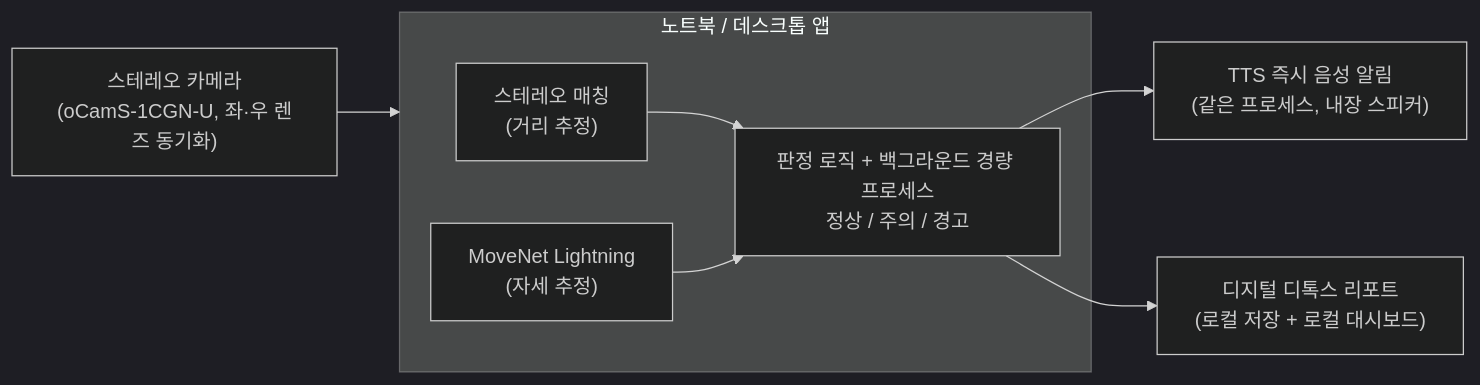
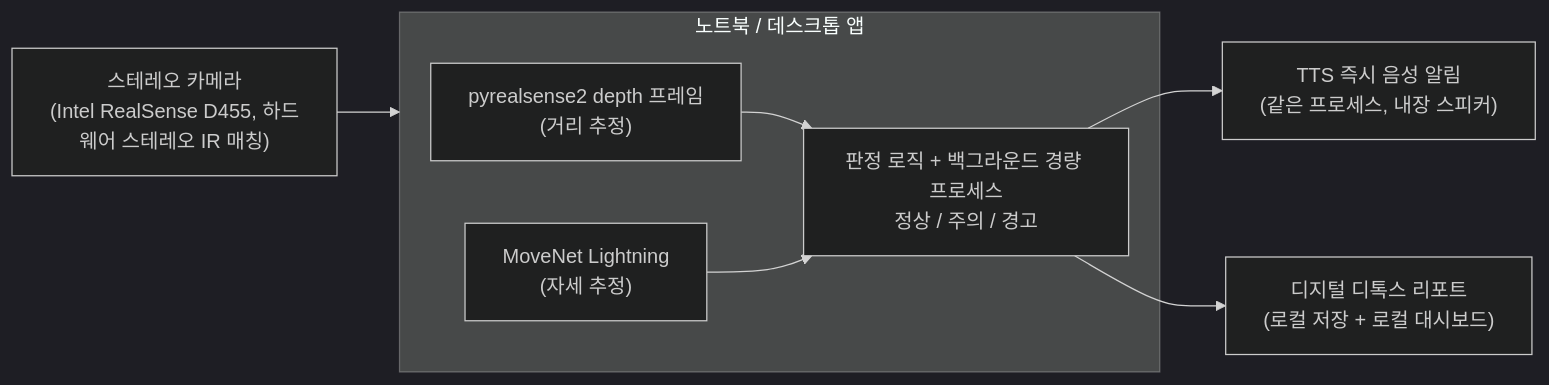
The diagram in project.md (gianpark/AIoT-Project), drawn with Mermaid (dark theme) before and after one commit. The commit also changed other lines of this file and 2 other files, not shown here.

Commit message:
docs: 카메라 변경 반영 (oCamS-1CGN-U 계획 -> 실제 RealSense D455), pyrealsense2 의존성 추가

````diff
--- a/project.md
+++ b/project.md
@@ -51,15 +52,15 @@
 ```mermaid
 flowchart LR
-    CAM["스테레오 카메라<br/>(oCamS-1CGN-U, 좌·우 렌즈 동기화)"] --> APP
+    CAM["스테레오 카메라<br/>(Intel RealSense D455, 하드웨어 스테레오 IR 매칭)"] --> APP
 
     subgraph APP["노트북 / 데스크톱 앱"]
-        STEREO["스테레오 매칭<br/>(거리 추정)"]
+        STEREO["pyrealsense2 depth 프레임<br/>(거리 추정)"]
         POSE["MoveNet Lightning<br/>(자세 추정)"]
         LOGIC["판정 로직 + 백그라운드 경량 프로세스<br/>정상 / 주의 / 경고"]
         STEREO --> LOGIC
         POSE --> LOGIC
     end
 
     LOGIC --> TTS["TTS 즉시 음성 알림<br/>(같은 프로세스, 내장 스피커)"]
     LOGIC --> REPORT["디지털 디톡스 리포트<br/>(로컬 저장 + 로컬 대시보드)"]
 ```
````
